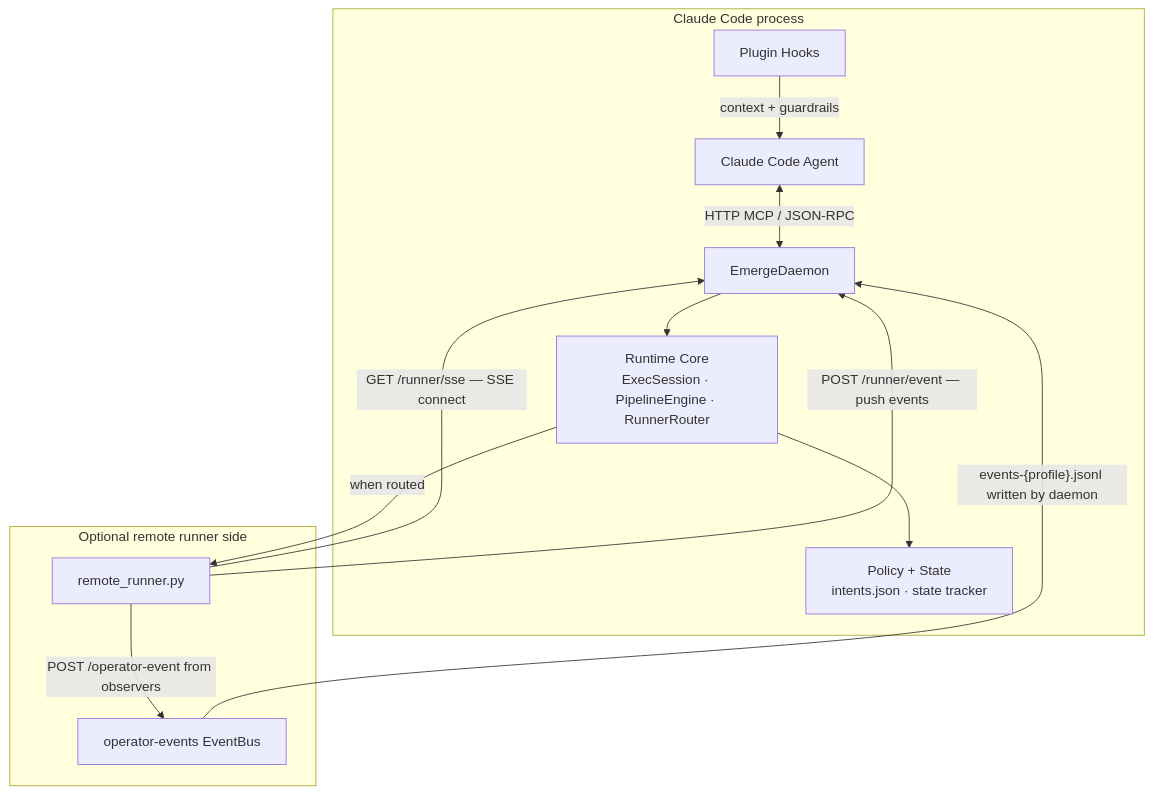
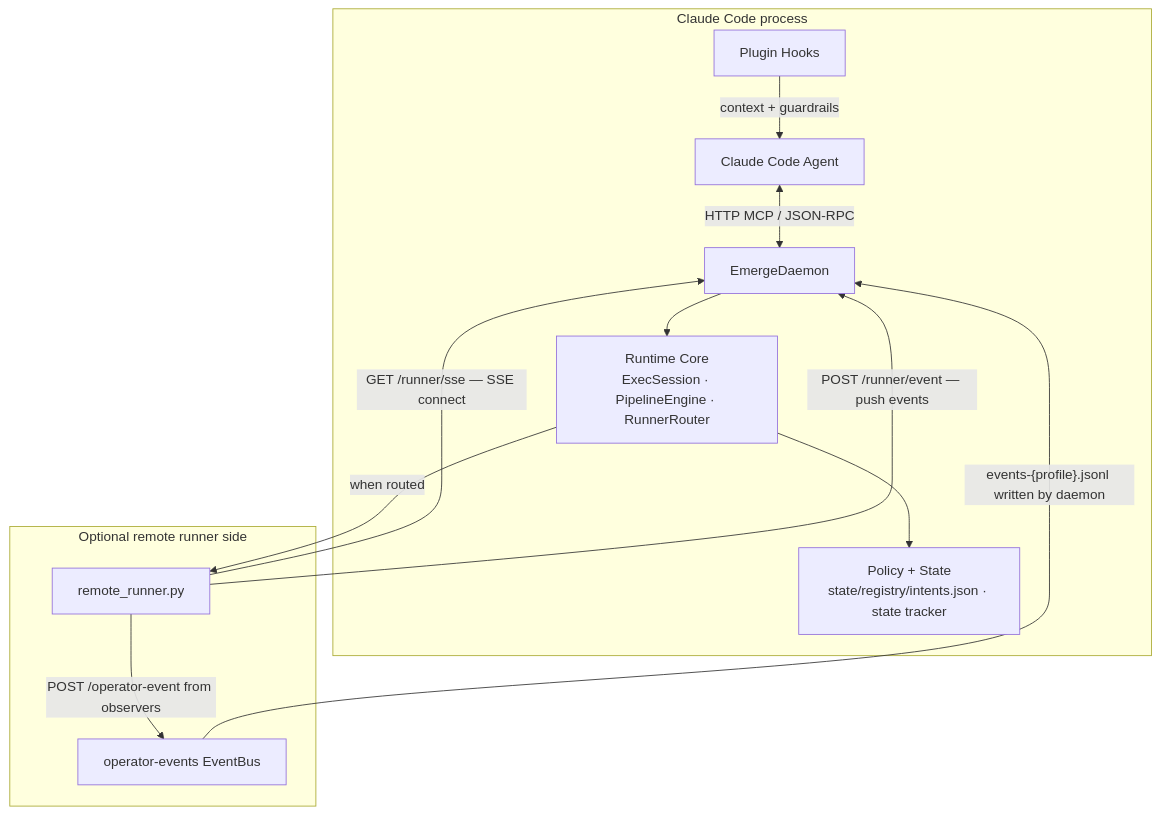
Before and after one commit to jianzhichun/emerge: the first of 4 diagrams in README.md, drawn with Mermaid. The commit also changed other lines of this file and 73 other files, not shown here.

````diff
--- a/README.md
+++ b/README.md
@@ -22,25 +22,25 @@
 ```mermaid
 flowchart TB
   subgraph ccProcess [Claude Code process]
     CC[Claude Code Agent]
     HK[Plugin Hooks]
     DAEMON[EmergeDaemon]
     CORE[Runtime Core<br/>ExecSession · PipelineEngine · RunnerRouter]
-    POLICY[Policy + State<br/>intents.json · state tracker]
+    POLICY[Policy + State<br/>state/registry/intents.json · state tracker]
   end
 
   subgraph remoteSide [Optional remote runner side]
     RUNNER[remote_runner.py]
     EVENTBUS[operator-events EventBus]
   end
 
   CC <-->|HTTP MCP / JSON-RPC| DAEMON
   HK -->|context + guardrails| CC
   DAEMON --> CORE
   CORE --> POLICY
   CORE -->|when routed| RUNNER
   RUNNER -->|GET /runner/sse — SSE connect| DAEMON
   RUNNER -->|POST /runner/event — push events| DAEMON
   RUNNER -->|POST /operator-event from observers| EVENTBUS
   EVENTBUS -->|"events-{profile}.jsonl written by daemon"| DAEMON
 ```
````
